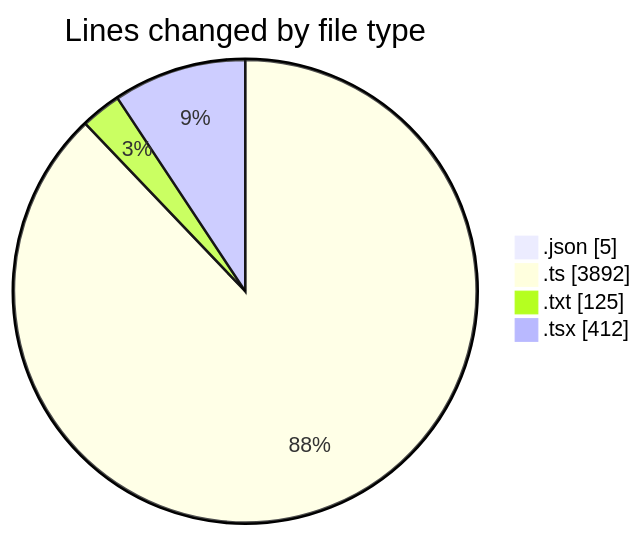
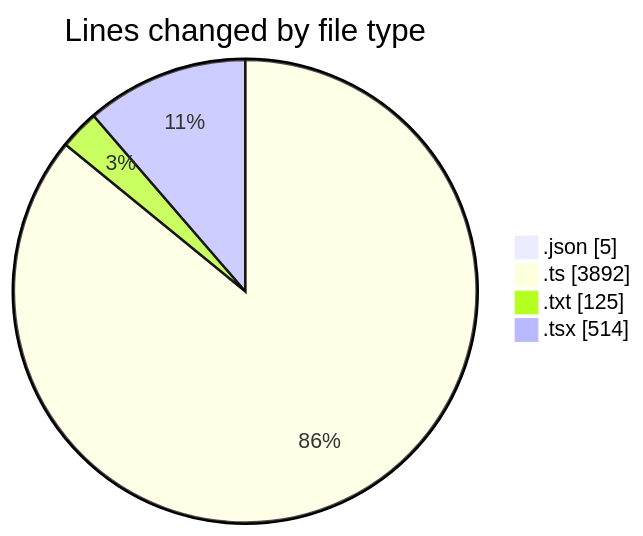
The first of 2 diagrams in 2025-05-27/ecodeli-1/README.md (CELIANVF/code-tracking), drawn with Mermaid before and after one commit. The commit also changed other lines of this file and 1 other file, not shown here.

````diff
--- a/2025-05-27/ecodeli-1/README.md
+++ b/2025-05-27/ecodeli-1/README.md
@@ -27,8 +28,8 @@
 ```mermaid
 pie showData
 title Lines changed by file type
 ".json" : 5
 ".ts" : 3892
 ".txt" : 125
-".tsx" : 412
+".tsx" : 514
 ```
````
